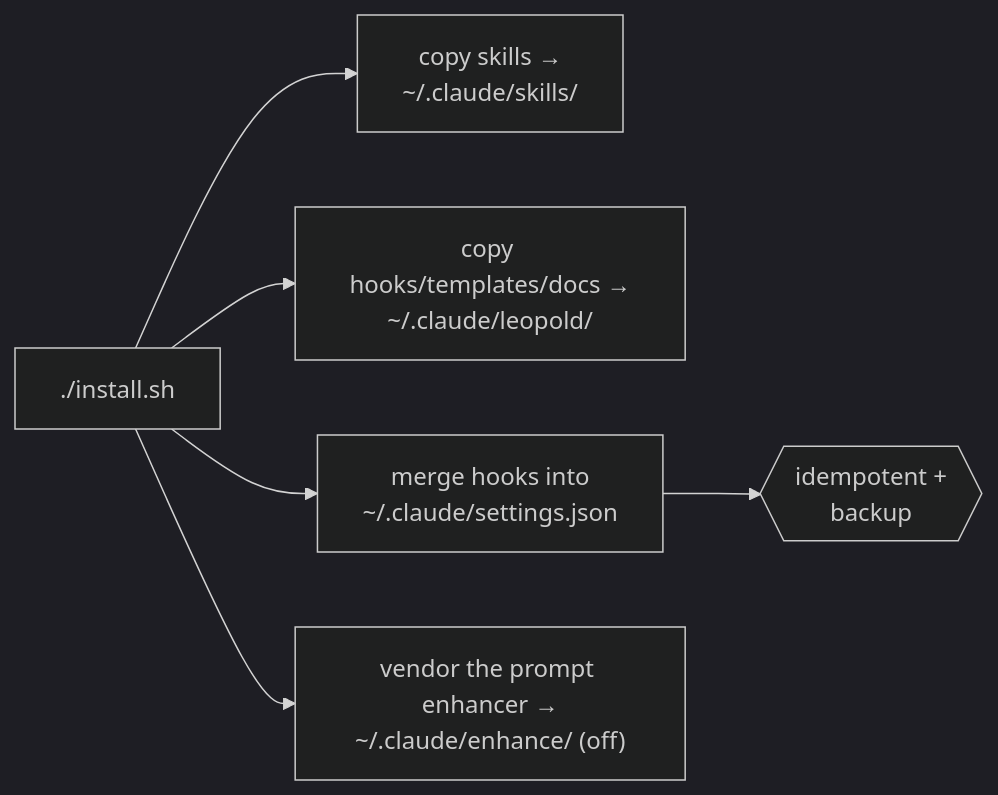
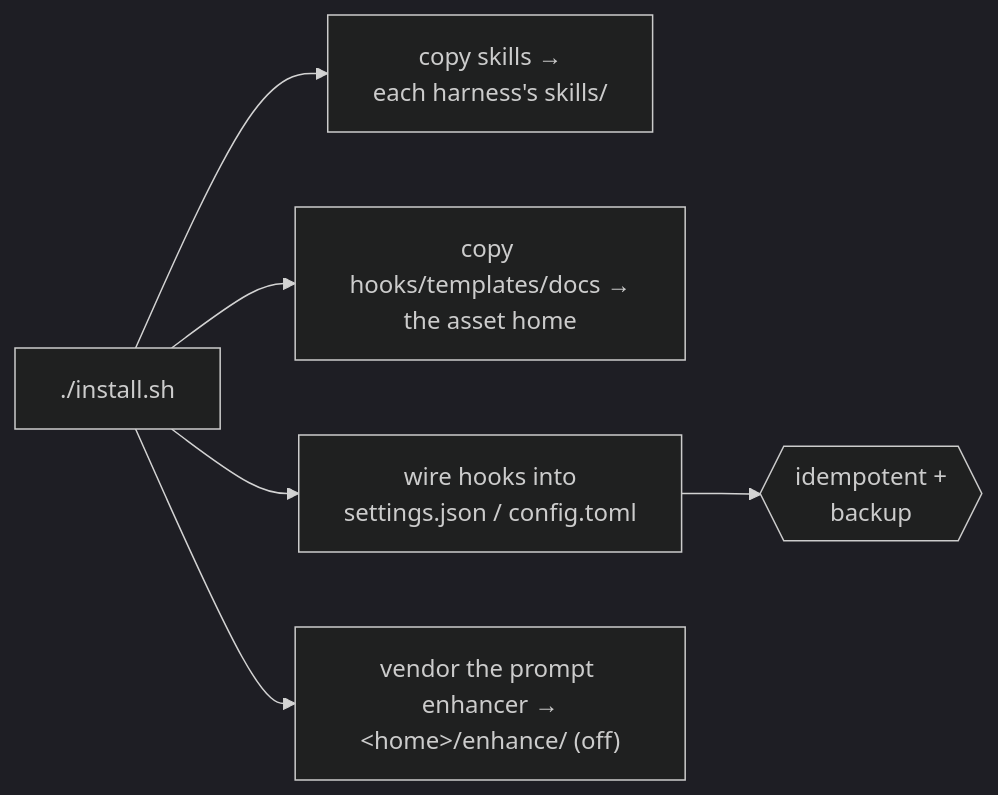
The diagram in docs/getting-started/install.md (Jonhvmp/leopold), drawn with Mermaid (dark theme) before and after one commit. The commit also changed other lines of this file and 66 other files, not shown here.

````diff
--- a/docs/getting-started/install.md
+++ b/docs/getting-started/install.md
@@ -40,8 +54,8 @@
 ```mermaid
 flowchart LR
-    Run["./install.sh"] --> S["copy skills →<br/>~/.claude/skills/"]
-    Run --> H["copy hooks/templates/docs →<br/>~/.claude/leopold/"]
-    Run --> M["merge hooks into<br/>~/.claude/settings.json"]
-    Run --> E["vendor the prompt enhancer →<br/>~/.claude/enhance/ (off)"]
+    Run["./install.sh"] --> S["copy skills →<br/>each harness's skills/"]
+    Run --> H["copy hooks/templates/docs →<br/>the asset home"]
+    Run --> M["wire hooks into<br/>settings.json / config.toml"]
+    Run --> E["vendor the prompt enhancer →<br/>&lt;home&gt;/enhance/ (off)"]
     M --> Idem{{"idempotent +<br/>backup"}}
 ```
````
